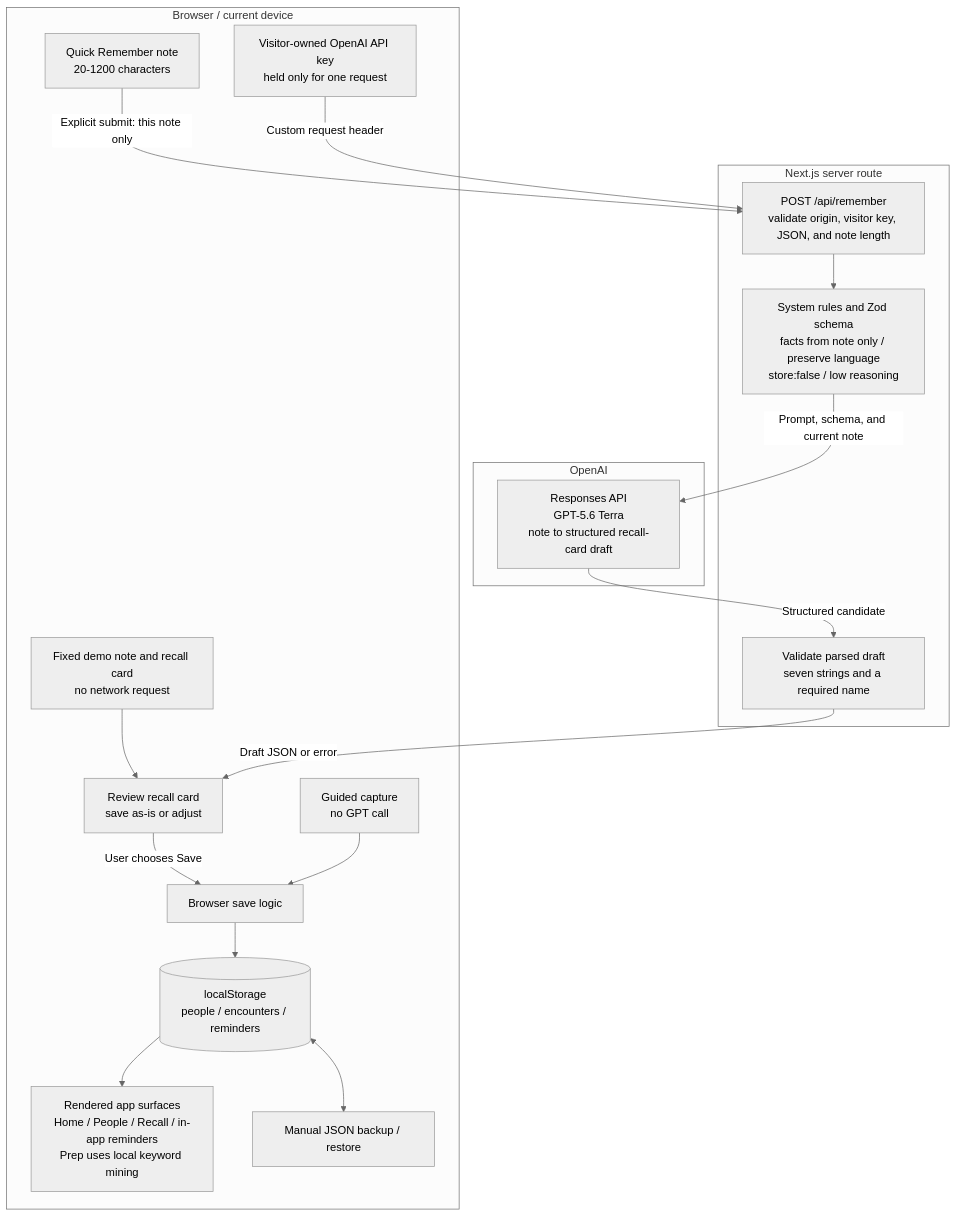
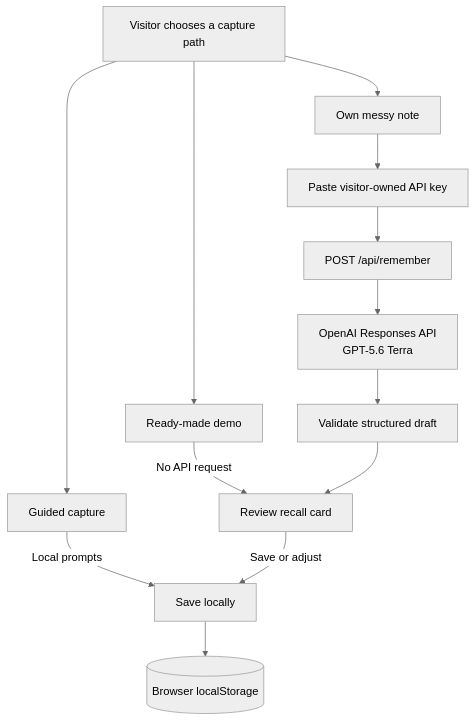
Before and after one commit to HuiYingChung/re-hello: the diagram in README.md, drawn with Mermaid (neutral theme). The commit also changed other lines of this file and 3 other files, not shown here.

````diff
--- a/README.md
+++ b/README.md
@@ -156,37 +91,18 @@
 ```mermaid
 flowchart TD
-  subgraph browser["Browser / current device"]
-    Q["Quick Remember note<br/>20-1200 characters"]
-    K["Visitor-owned OpenAI API key<br/>held only for one request"]
-    D["Fixed demo note and recall card<br/>no network request"]
-    G["Guided capture<br/>no GPT call"]
-    R["Review recall card<br/>save as-is or adjust"]
-    S["Browser save logic"]
-    L[("localStorage<br/>people / encounters / reminders")]
-    F["Rendered app surfaces<br/>Home / People / Recall / in-app reminders<br/>Prep uses local keyword mining"]
-    B["Manual JSON backup / restore"]
-  end
+  U["Visitor chooses a capture path"] --> D["Ready-made demo"]
+  U --> Q["Own messy note"]
+  U --> G["Guided capture"]
 
-  subgraph server["Next.js server route"]
-    A["POST /api/remember<br/>validate origin, visitor key, JSON, and note length"]
-    P["System rules and Zod schema<br/>facts from note only / preserve language<br/>store:false / low reasoning"]
-    V["Validate parsed draft<br/>seven strings and a required name"]
-  end
+  D -->|"No API request"| R["Review recall card"]
+  G -->|"Local prompts"| S["Save locally"]
 
-  subgraph openai["OpenAI"]
-    M["Responses API<br/>GPT-5.6 Terra<br/>note to structured recall-card draft"]
-  end
+  Q --> K["Paste visitor-owned API key"]
+  K --> A["POST /api/remember"]
+  A --> O["OpenAI Responses API<br/>GPT-5.6 Terra"]
+  O --> V["Validate structured draft"]
+  V --> R
 
-  D --> R
-  Q -->|"Explicit submit: this note only"| A
-  K -->|"Custom request header"| A
-  A --> P
-  P -->|"Prompt, schema, and current note"| M
-  M -->|"Structured candidate"| V
-  V -->|"Draft JSON or error"| R
-  R -->|"User chooses Save"| S
-  G --> S
-  S --> L
-  L --> F
-  L <--> B
+  R -->|"Save or adjust"| S
+  S --> L[("Browser localStorage")]
 ```
````
